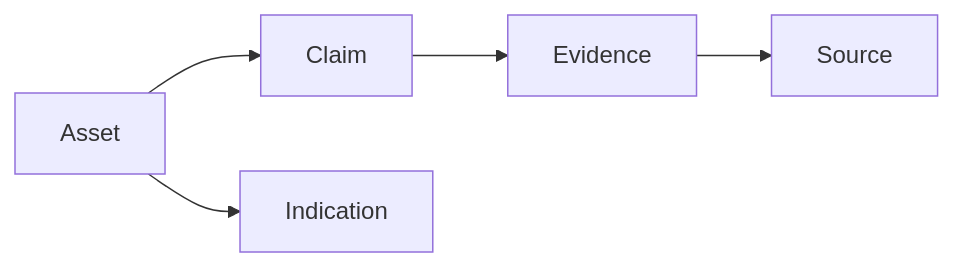
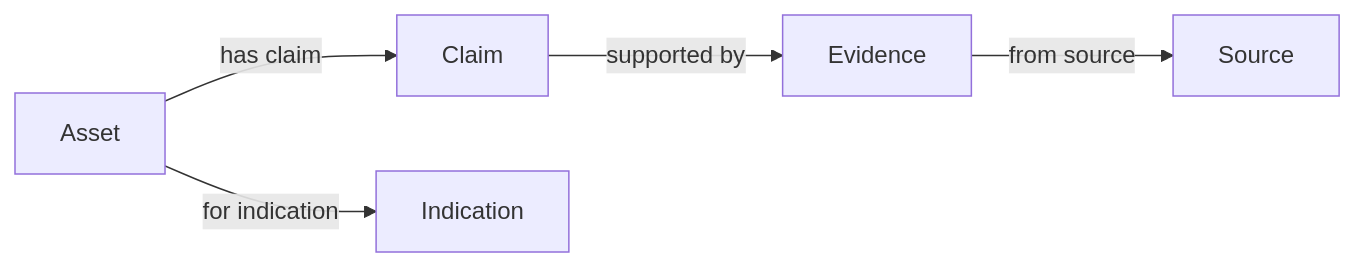
One commit to OsamaMoftah/Ontology-StarterKit changed the diagram in examples/consulting-evidence-room/model.mmd. Above: the diagram before and after it, drawn with Mermaid. The commit also changed 112 other files, not shown here.

```diff
--- a/examples/consulting-evidence-room/model.mmd
+++ b/examples/consulting-evidence-room/model.mmd
@@ -1,5 +1,5 @@
 flowchart LR
-  Asset[Asset] --> Claim[Claim]
-  Claim --> Evidence[Evidence]
-  Evidence --> Source[Source]
-  Asset --> Indication[Indication]
+  Asset[Asset] -->|has claim| Claim[Claim]
+  Claim -->|supported by| Evidence[Evidence]
+  Evidence -->|from source| Source[Source]
+  Asset -->|for indication| Indication[Indication]
```
